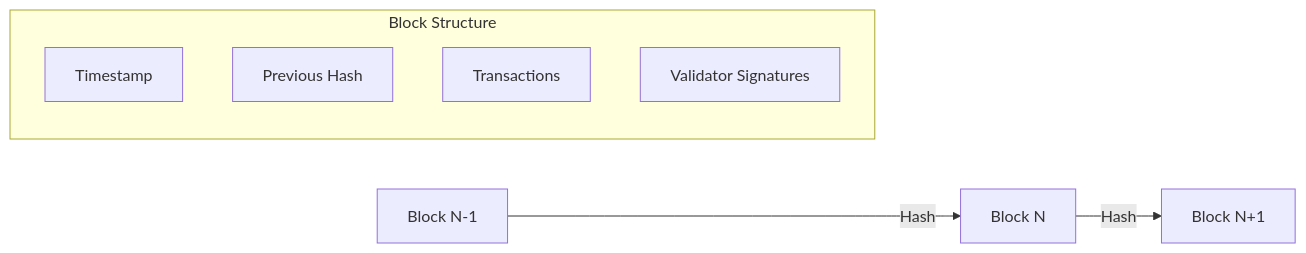
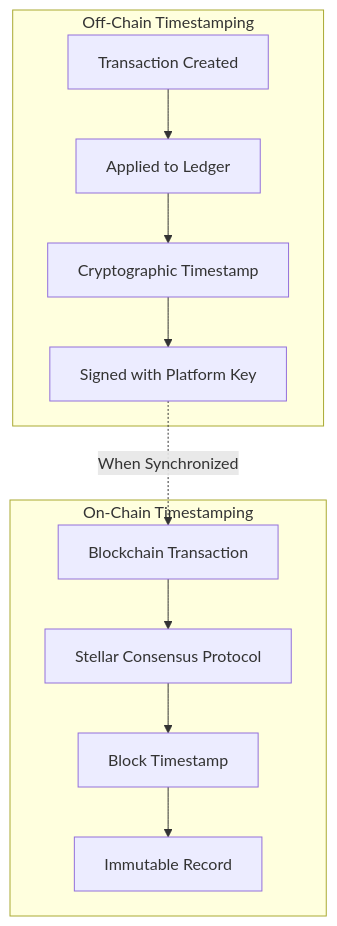
Before and after one commit to karthikhosur/italtoken: the tenth of 25 diagrams in whitepaper.md, drawn with Mermaid. The commit also changed other lines of this file, not shown here.

````diff
--- a/whitepaper.md
+++ b/whitepaper.md
@@ -225,12 +441,20 @@
 ```mermaid
-graph LR
-    A[Block N-1] -->|Hash| B[Block N]
-    B -->|Hash| C[Block N+1]
+graph TD
+    subgraph "Off-Chain Timestamping"
+    A[Transaction Created]
+    B[Applied to Ledger]
+    C[Cryptographic Timestamp]
+    D[Signed with Platform Key]
+    A --> B --> C --> D
+    end
     
-    subgraph "Block Structure"
-    D[Timestamp]
-    E[Previous Hash]
-    F[Transactions]
-    G[Validator Signatures]
+    subgraph "On-Chain Timestamping"
+    E[Blockchain Transaction]
+    F[Stellar Consensus Protocol]
+    G[Block Timestamp]
+    H[Immutable Record]
+    E --> F --> G --> H
     end
+    
+    D -.->|When Synchronized| E
 ```
````
